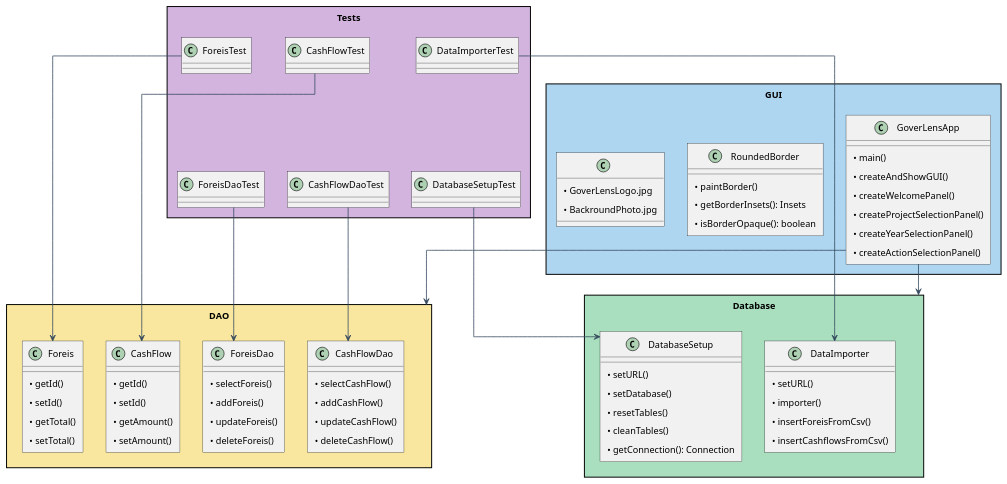
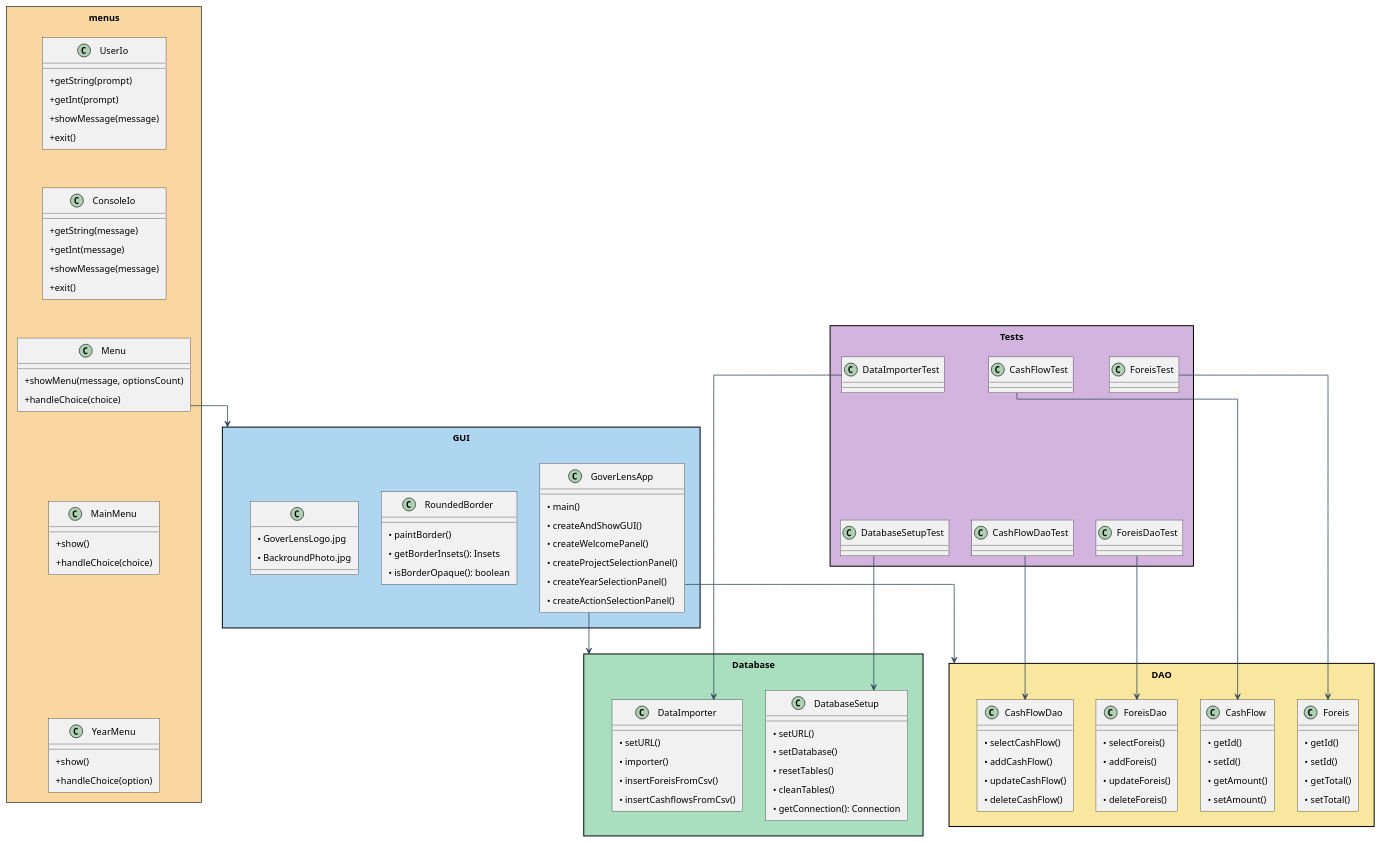
Before and after one commit to FilothodorosChristos/404_NOT_FOUND: the diagram in project_diagram.puml, drawn with PlantUML. The commit also changed 1 other file, not shown here.

Commit message:
add menus package on UML

```diff
--- a/project_diagram.puml
+++ b/project_diagram.puml
@@ -1,113 +1,151 @@
 @startuml
 skinparam packageStyle rectangle
 skinparam roundcorner 0
 skinparam shadowing false
 skinparam ArrowColor #34495E
 skinparam ArrowThickness 1.2
 skinparam classFontSize 16
 skinparam defaultFontSize 14
-skinparam padding 5
-skinparam packagePadding 10
-skinparam packageMargin 10
 skinparam classAttributeIconSize 0
 skinparam tightVSpacing true
 skinparam linetype ortho
 
+' ===== ΠΟΛΥ ΜΙΚΡΟ MENU ΠΑΝΩ ΠΑΝΩ =====
+skinparam padding 1
+skinparam packagePadding 1
+skinparam packageMargin 1
+rectangle "menus" #FAD7A0 {
+    class UserIo {
+        + getString(prompt)
+        + getInt(prompt)
+        + showMessage(message)
+        + exit()
+    }
+    class ConsoleIo {
+        + getString(message)
+        + getInt(message)
+        + showMessage(message)
+        + exit()
+    }
+    class Menu {
+        + showMenu(message, optionsCount)
+        + handleChoice(choice)
+    }
+    class MainMenu {
+        + show()
+        + handleChoice(choice)
+    }
+    class YearMenu {
+        + show()
+        + handleChoice(option)
+    }
+
+    ' Κοντά μεταξύ τους
+    UserIo -[hidden]-> ConsoleIo
+    ConsoleIo -[hidden]-> Menu
+    Menu -[hidden]-> MainMenu
+    MainMenu -[hidden]-> YearMenu
+}
+
 ' ===== GUI =====
+skinparam padding 5
+skinparam packagePadding 10
+skinparam packageMargin 10
 package "GUI" #AED6F1 {
     class GoverLensApp {
         • main()
         • createAndShowGUI()
         • createWelcomePanel()
         • createProjectSelectionPanel()
         • createYearSelectionPanel()
         • createActionSelectionPanel()
     }
 
     class RoundedBorder {
         • paintBorder()
         • getBorderInsets(): Insets
         • isBorderOpaque(): boolean
     }
 
     class ImagePanelHelper as " " {
         • GoverLensLogo.jpg
         • BackroundPhoto.jpg
     }
 }
 
 ' ===== DAO =====
 package "DAO" #F9E79F {
     class CashFlow {
         • getId()
         • setId()
         • getAmount()
         • setAmount()
     }
 
     class CashFlowDao {
         • selectCashFlow()
         • addCashFlow()
         • updateCashFlow()
         • deleteCashFlow()
     }
 
     class Foreis {
         • getId()
         • setId()
         • getTotal()
         • setTotal()
     }
 
     class ForeisDao {
         • selectForeis()
         • addForeis()
         • updateForeis()
         • deleteForeis()
     }
 }
 
 ' ===== Database =====
 package "Database" #A9DFBF {
     class DatabaseSetup {
         • setURL()
         • setDatabase()
         • resetTables()
         • cleanTables()
         • getConnection(): Connection
     }
 
     class DataImporter {
         • setURL()
         • importer()
         • insertForeisFromCsv()
         • insertCashflowsFromCsv()
     }
 }
 
 ' ===== TESTS =====
 package "Tests" #D2B4DE {
     class CashFlowTest
     class CashFlowDaoTest
     class ForeisTest
     class ForeisDaoTest
     class DataImporterTest
     class DatabaseSetupTest
 }
 
 ' ===== ΟΜΑΔΟΠΟΙΗΣΗ ΓΙΑ COMPACT =====
 CashFlowTest -[hidden]-> CashFlowDaoTest
 ForeisTest -[hidden]-> ForeisDaoTest
 DataImporterTest -[hidden]-> DatabaseSetupTest
 
 ' ===== ΣΥΝΔΕΣΕΙΣ =====
+Menu --> GUI
 GoverLensApp --> DAO
 GoverLensApp --> Database
 
 CashFlowTest --> CashFlow
 CashFlowDaoTest --> CashFlowDao
 ForeisTest --> Foreis
 ForeisDaoTest --> ForeisDao
 DataImporterTest --> DataImporter
 DatabaseSetupTest --> DatabaseSetup
 @enduml
```
